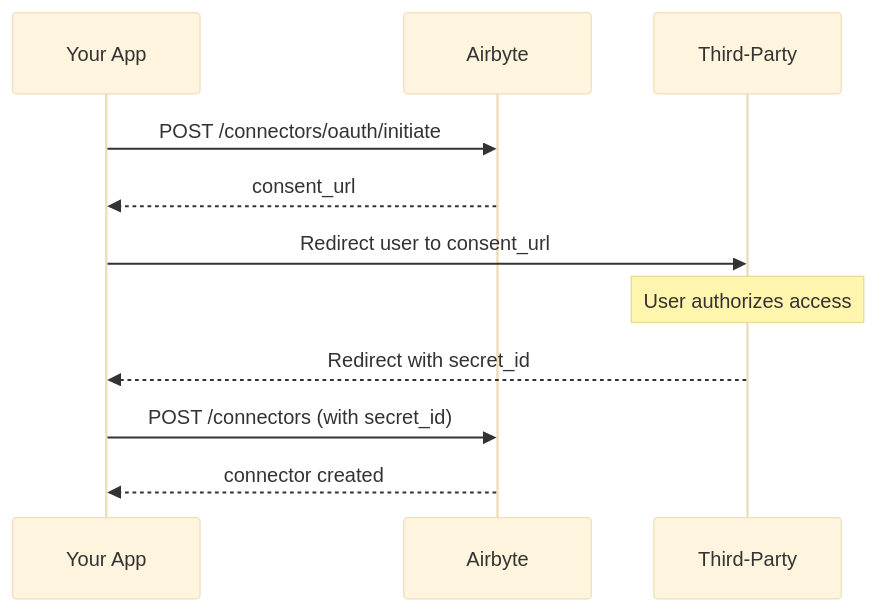
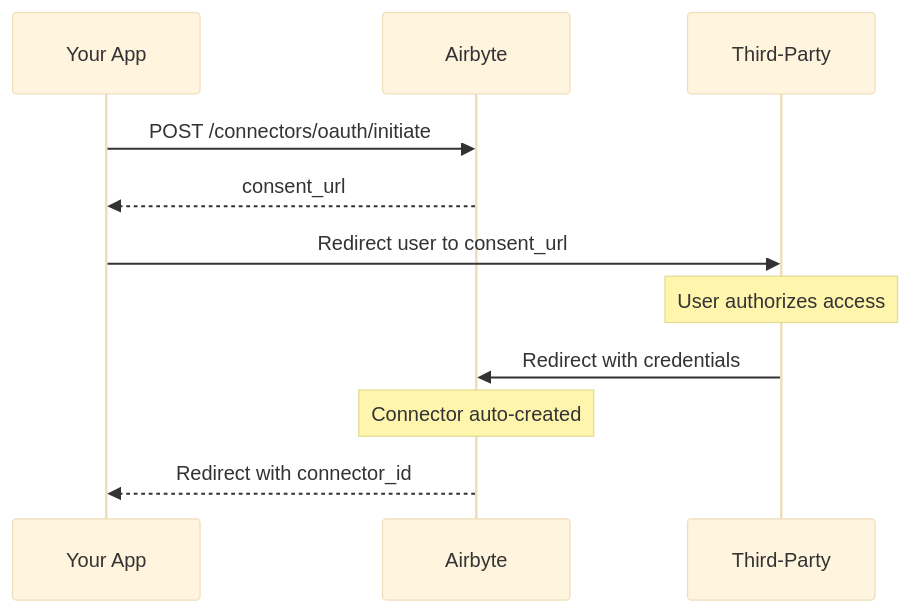
One commit to airbytehq/airbyte changed the diagram in docs/ai-agents/platform/authenticate/build-auth/build-your-own.md. Above: the diagram before and after it, drawn with Mermaid (base theme). The commit also changed other lines of this file, not shown here.

Commit message:
docs(ai-agents): update build-your-own OAuth to reflect auto-source creation

````diff
--- a/docs/ai-agents/platform/authenticate/build-auth/build-your-own.md
+++ b/docs/ai-agents/platform/authenticate/build-auth/build-your-own.md
@@ -19,16 +18,15 @@
 ```mermaid
 sequenceDiagram
     participant App as Your App
     participant Airbyte as Airbyte
     participant ThirdParty as Third-Party
 
     App->>Airbyte: POST /connectors/oauth/initiate
     Airbyte-->>App: consent_url
 
     App->>ThirdParty: Redirect user to consent_url
     Note over ThirdParty: User authorizes access
-    ThirdParty-->>App: Redirect with secret_id
-
-    App->>Airbyte: POST /connectors (with secret_id)
-    Airbyte-->>App: connector created
+    ThirdParty->>Airbyte: Redirect with credentials
+    Note over Airbyte: Connector auto-created
+    Airbyte-->>App: Redirect with connector_id
 ```
````
